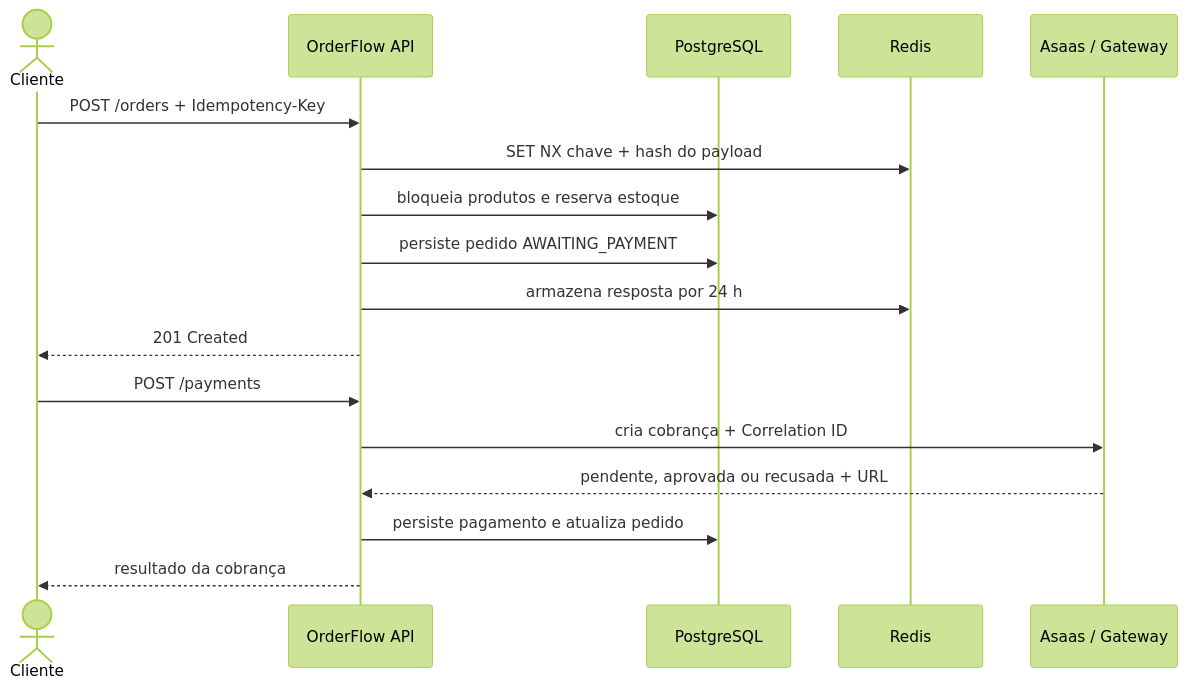
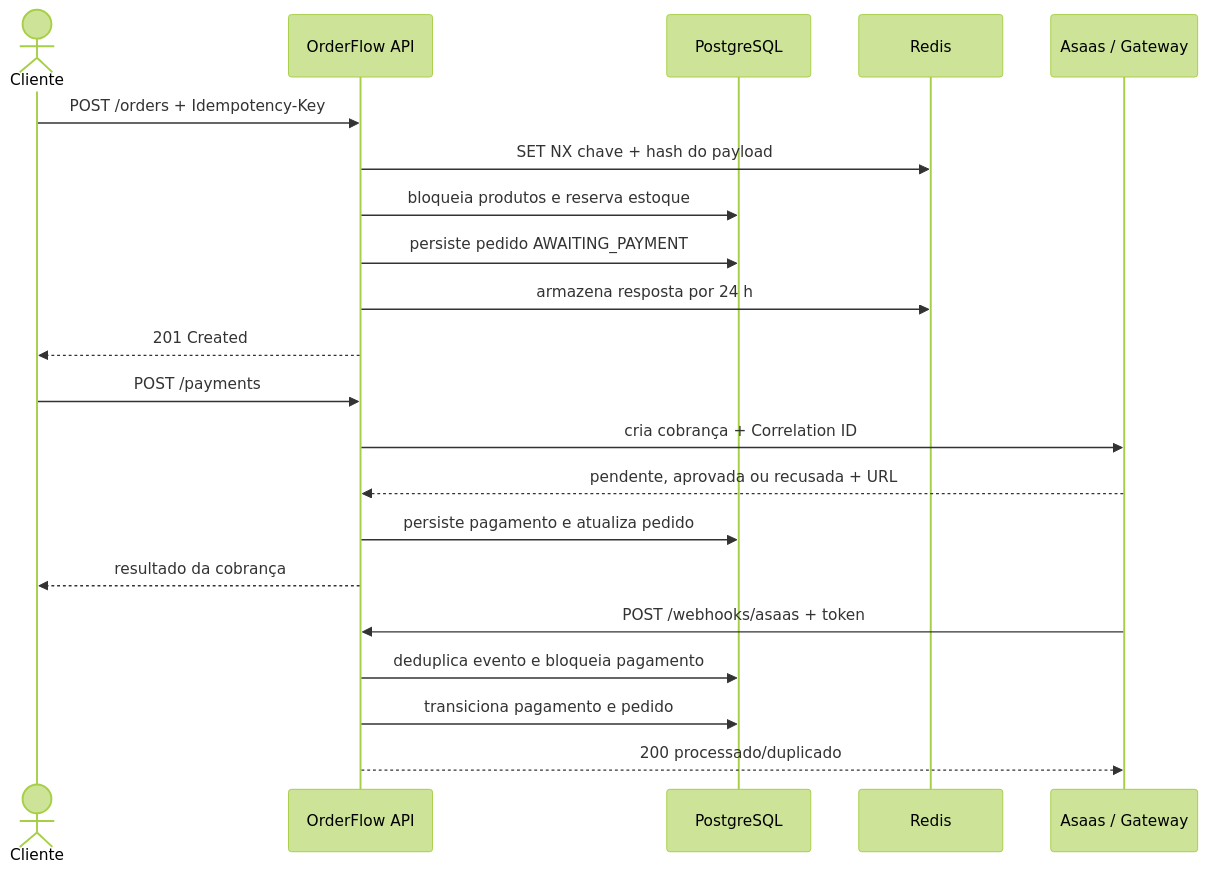
Before and after one commit to OliveiratheDev/order-flow: the first of 3 diagrams in docs/PROJECT_OVERVIEW.md, drawn with Mermaid (forest theme). The commit also changed other lines of this file and 5 other files, not shown here.

````diff
--- a/docs/PROJECT_OVERVIEW.md
+++ b/docs/PROJECT_OVERVIEW.md
@@ -11,20 +11,24 @@
 ```mermaid
 sequenceDiagram
     actor Cliente
     participant API as OrderFlow API
     participant DB as PostgreSQL
     participant Redis
     participant Gateway as Asaas / Gateway
 
     Cliente->>API: POST /orders + Idempotency-Key
     API->>Redis: SET NX chave + hash do payload
     API->>DB: bloqueia produtos e reserva estoque
     API->>DB: persiste pedido AWAITING_PAYMENT
     API->>Redis: armazena resposta por 24 h
     API-->>Cliente: 201 Created
     Cliente->>API: POST /payments
     API->>Gateway: cria cobrança + Correlation ID
     Gateway-->>API: pendente, aprovada ou recusada + URL
     API->>DB: persiste pagamento e atualiza pedido
     API-->>Cliente: resultado da cobrança
+    Gateway->>API: POST /webhooks/asaas + token
+    API->>DB: deduplica evento e bloqueia pagamento
+    API->>DB: transiciona pagamento e pedido
+    API-->>Gateway: 200 processado/duplicado
 ```
````
